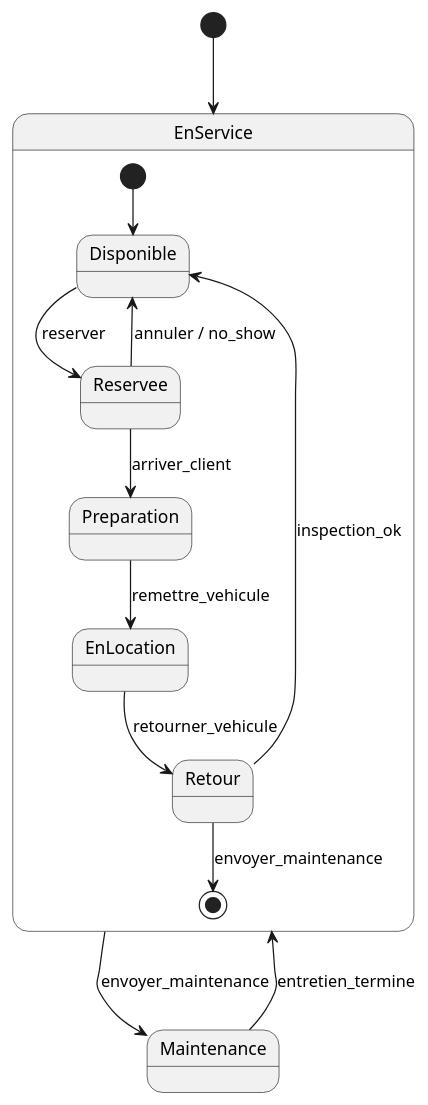
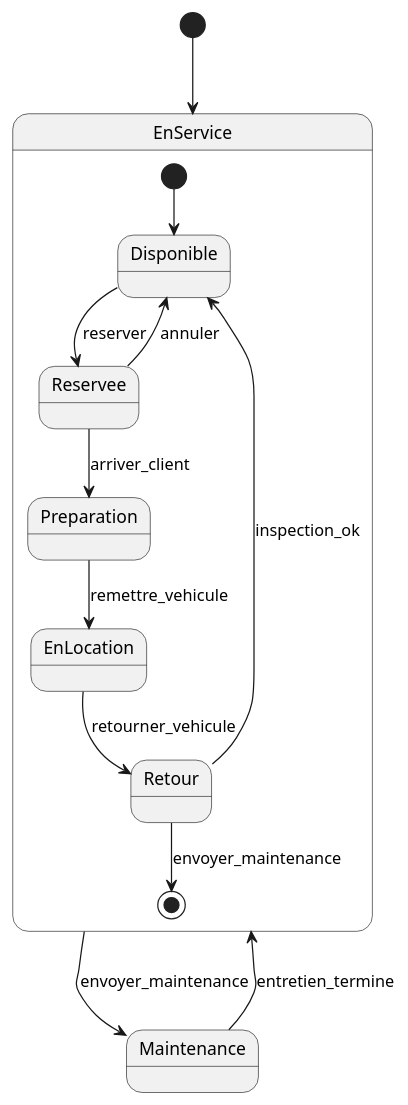
Before and after one commit to PapaSam0/1SY-AnalyseObjet-TP01: the diagram in diagramme-etat-voiture.wsd, drawn with PlantUML. The commit also changed other lines of this file and 1 other file, not shown here.

```diff
--- a/diagramme-etat-voiture.wsd
+++ b/diagramme-etat-voiture.wsd
@@ -1,27 +1,27 @@
 @startuml RentIT
 
 [*] --> EnService
 
 state EnService {
   [*] --> Disponible
 
   state Disponible
   state Reservee
   state Preparation
   state EnLocation
   state Retour
 
   Disponible --> Reservee : reserver
-  Reservee --> Disponible : annuler / no_show
+  Reservee --> Disponible : annuler
   Reservee --> Preparation : arriver_client
   Preparation --> EnLocation : remettre_vehicule
   EnLocation --> Retour : retourner_vehicule
   Retour --> Disponible : inspection_ok
   Retour --> [*] : envoyer_maintenance
 }
 
 state Maintenance
 EnService --> Maintenance : envoyer_maintenance
 Maintenance --> EnService : entretien_termine
 
 @enduml
```
